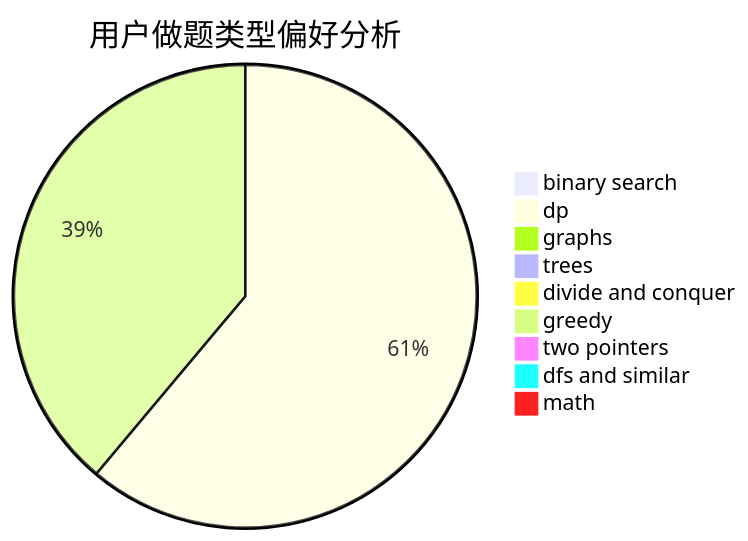
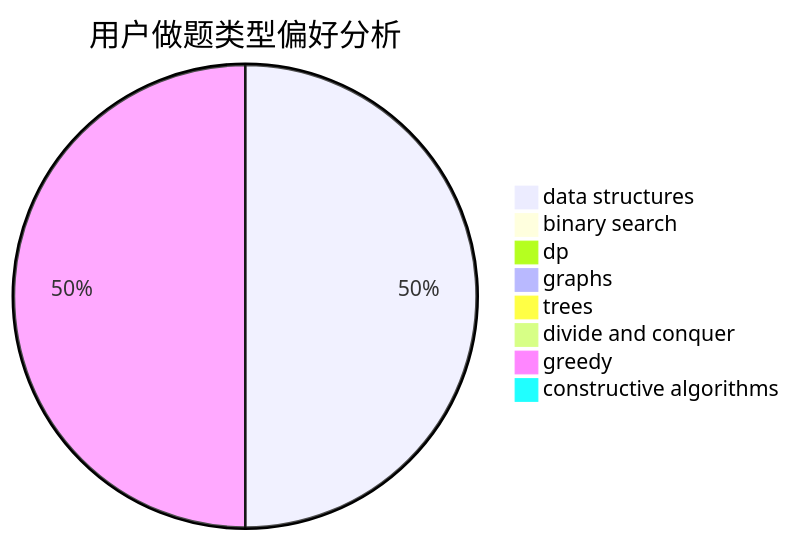
The second of 3 diagrams in docs/user/u2468.md (sherpahu/cfrs.github.io), drawn with Mermaid before and after one commit. The commit also changed other lines of this file and 2775 other files, not shown here.

````diff
--- a/docs/user/u2468.md
+++ b/docs/user/u2468.md
@@ -23,12 +23,11 @@
 ```mermaid
 pie title 用户做题类型偏好分析
+    "data structures" :  6
     "binary search" :  0
-    "dp" :  11
+    "dp" :  0
     "graphs" :  0
     "trees" :  0
     "divide and conquer" :  0
-    "greedy" :  7
-    "two pointers" :  0
-    "dfs and similar" :  0
-    "math" :  0
+    "greedy" :  6
+    "constructive algorithms" :  0
 ```
````
